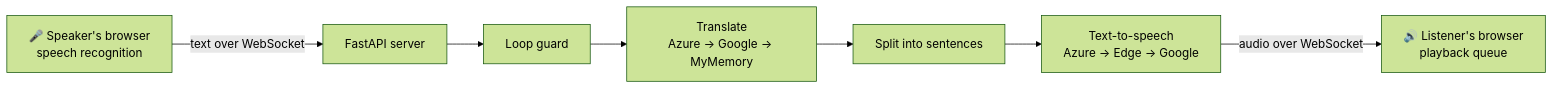
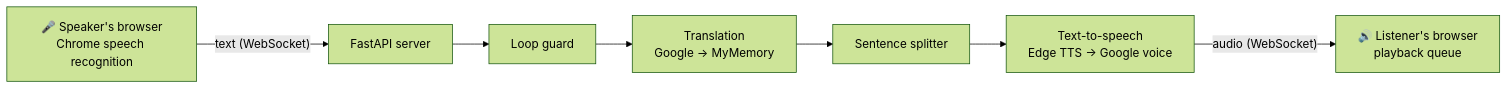
The diagram in README.md (pranavanish2004/AI-Phone-Interpreter), drawn with Mermaid (forest theme) before and after one commit. The commit also changed other lines of this file, not shown here.

````diff
--- a/README.md
+++ b/README.md
@@ -22,9 +31,9 @@
 ```mermaid
 flowchart LR
-    A["🎤 Speaker's browser<br/>speech recognition"] -- text over WebSocket --> B["FastAPI server"]
+    A["🎤 Speaker's browser<br/>Chrome speech recognition"] -- text (WebSocket) --> B["FastAPI server"]
     B --> C["Loop guard"]
-    C --> D["Translate<br/>Azure → Google → MyMemory"]
-    D --> E["Split into sentences"]
-    E --> F["Text-to-speech<br/>Azure → Edge → Google"]
-    F -- audio over WebSocket --> G["🔊 Listener's browser<br/>playback queue"]
+    C --> D["Translation<br/>Google → MyMemory"]
+    D --> E["Sentence splitter"]
+    E --> F["Text-to-speech<br/>Edge TTS → Google voice"]
+    F -- audio (WebSocket) --> G["🔊 Listener's browser<br/>playback queue"]
 ```
````
